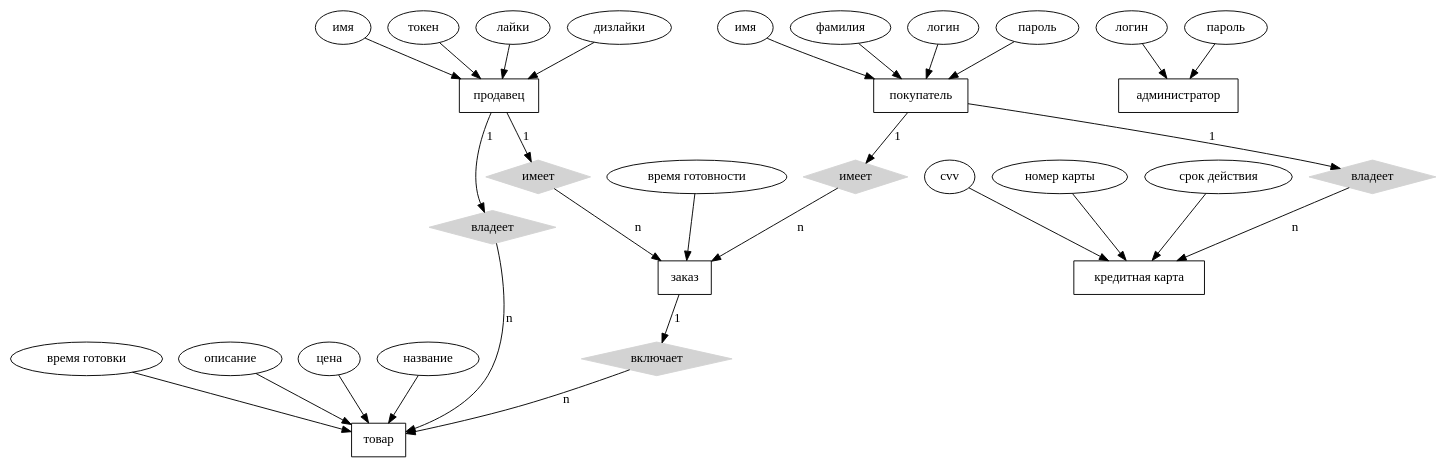
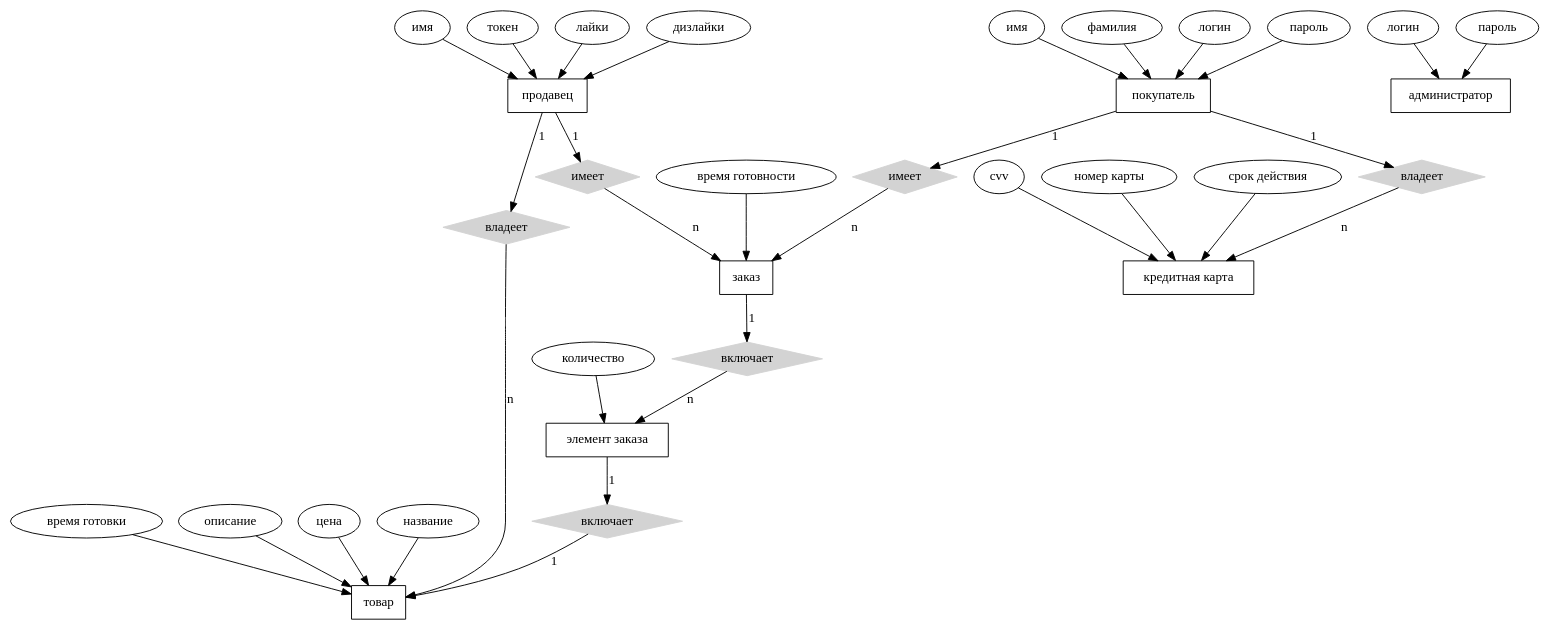
One commit to s3rius/feedEm changed the diagram in docs/ER.gv. Above: the diagram before and after it, drawn with Graphviz. The commit also changed 1 other file, not shown here.

Commit message:
Added order's elements to diagram.

```diff
--- a/docs/ER.gv
+++ b/docs/ER.gv
@@ -1,52 +1,57 @@
 digraph ER {
 	overlap = false;
 
-	node [shape=box]; покупатель; "кредитная карта"; администратор; заказ; продавец; товар;
+	node [shape=box]; покупатель; "кредитная карта"; администратор; заказ; продавец; товар; "элемент заказа";
 	node [shape=ellipse]; {node [label="имя"] имяПользователя; имяПродавца;}
-		фамилия; 
+		фамилия; количество;
 		{node [label="логин"] логинПользователя; логинАдмин;}
 		 cvv; "номер карты"; "срок действия"; "время готовности"; "время готовки"; описание; цена; название; токен; лайки; дизлайки;
 		{node [label="пароль"] парольПользователя; парольАдмин;}
 	node [shape=diamond,style=filled,color=lightgrey]; {node [label="имеет"] имеет0; имеет1;}
-		включает; 
+		{node [label="включает"] включает0; включает1}
 		{node [label="владеет"] владеет0; владеет1}
 
 	логинАдмин -> администратор;
 	парольАдмин -> администратор;
 
 	имяПользователя -> покупатель;
 	фамилия -> покупатель;
 	логинПользователя -> покупатель;
 	парольПользователя -> покупатель;
 
 	покупатель -> владеет0 [label="1",len=1.00];
  	владеет0 -> "кредитная карта" [label="n",len=1.00];
 
 	cvv -> "кредитная карта";
 	"номер карты" -> "кредитная карта";
 	"срок действия" -> "кредитная карта";
 
 	"время готовности" -> заказ;
 
 	покупатель -> имеет0 [label="1",len=1.00];
  	имеет0 -> заказ [label="n",len=1.00];
 
 	"время готовки" -> товар;
 	цена -> товар;
 	описание -> товар;
 	название -> товар;
 
-	заказ -> включает [label="1",len=1.00];
- 	включает -> товар [label="n",len=1.00];
+	заказ -> включает0 [label="1",len=1.00];
+ 	включает0 -> "элемент заказа" [label="n",len=1.00];
+
+	количество -> "элемент заказа";
+
+	"элемент заказа" -> включает1 [label="1",len=1.00];
+ 	включает1 -> товар [label="1",len=1.00];
 
 	токен -> продавец;
 	лайки -> продавец;
 	дизлайки -> продавец;
 	имяПродавца -> продавец;
 
 	продавец -> владеет1 [label="1",len=1.00];
  	владеет1 -> товар [label="n",len=1.00];
 
 	продавец -> имеет1 [label="1",len=1.00];
  	имеет1 -> заказ [label="n",len=1.00];
 }
```
